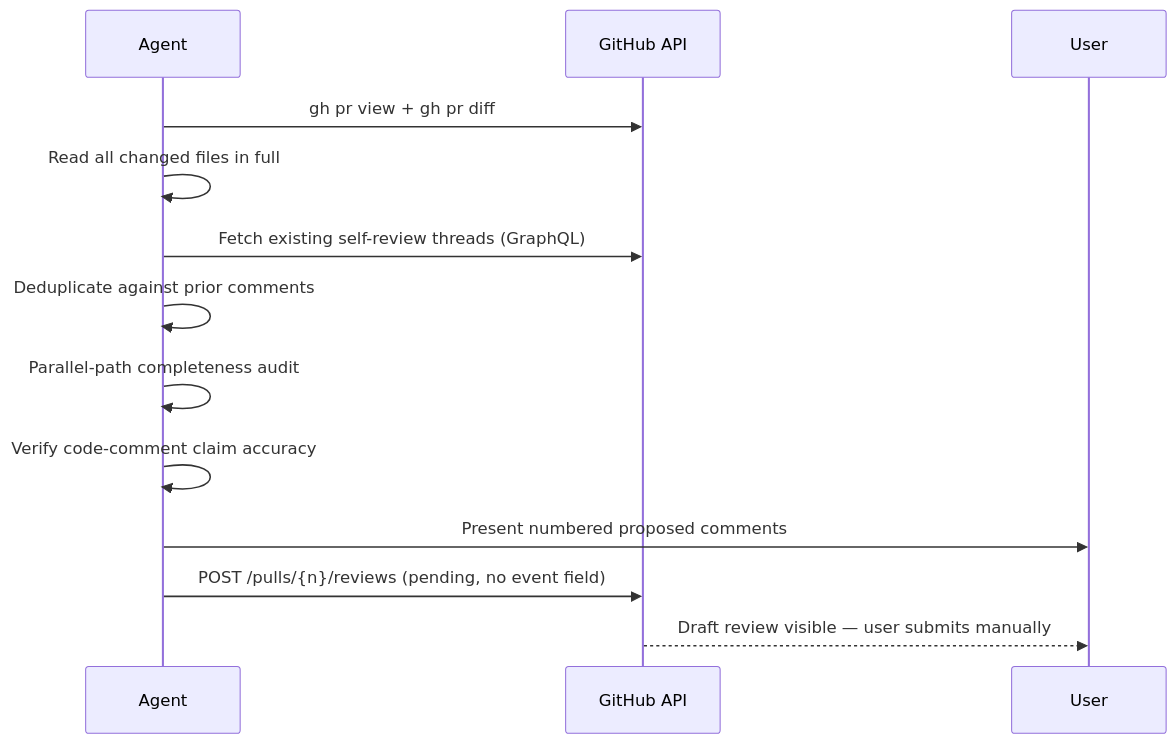
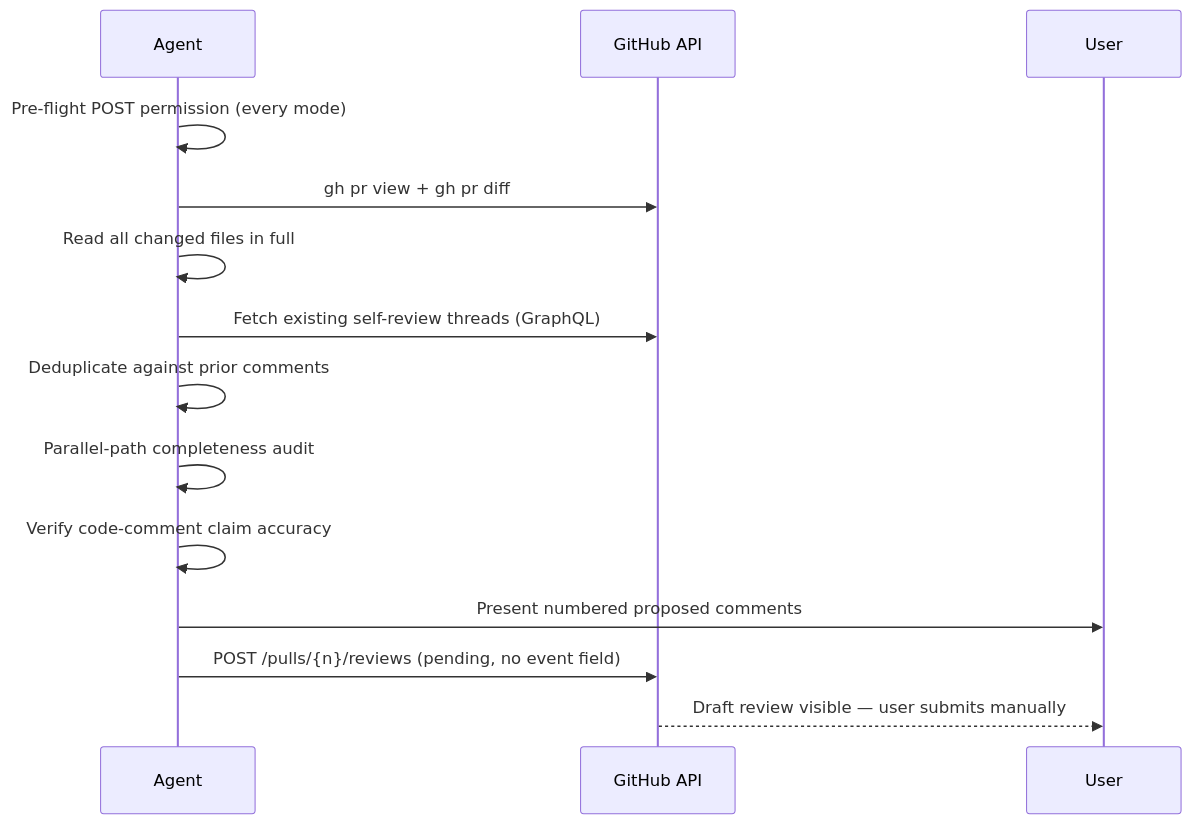
One commit to whizzzkid/skills changed the diagram in skills/self-review/README.md. Above: the diagram before and after it, drawn with Mermaid. The commit also changed other lines of this file and 3 other files, not shown here.

First line of the commit message:
feat(self-review): 🛡️ escalate the POST-permission preflight to Important in every mode

````diff
--- a/skills/self-review/README.md
+++ b/skills/self-review/README.md
@@ -16,16 +16,17 @@
 ```mermaid
 sequenceDiagram
     participant A as Agent
     participant GH as GitHub API
     participant U as User
 
+    A->>A: Pre-flight POST permission (every mode)
     A->>GH: gh pr view + gh pr diff
     A->>A: Read all changed files in full
     A->>GH: Fetch existing self-review threads (GraphQL)
     A->>A: Deduplicate against prior comments
     A->>A: Parallel-path completeness audit
     A->>A: Verify code-comment claim accuracy
     A->>U: Present numbered proposed comments
     A->>GH: POST /pulls/{n}/reviews (pending, no event field)
     GH-->>U: Draft review visible — user submits manually
 ```
````
